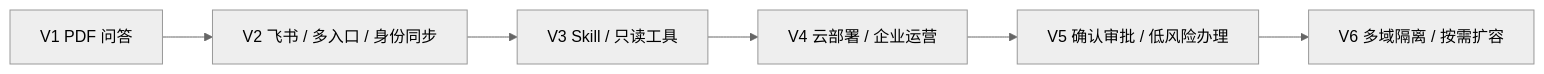
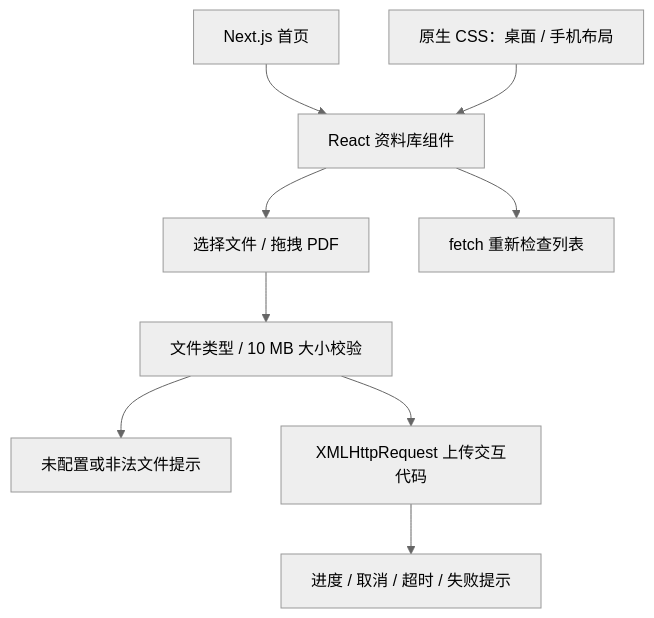
The diagram in docs/architecture/project-architecture.md (qihb/Enterprise-Agent-Platform), drawn with Mermaid (neutral theme) before and after one commit. The commit also changed other lines of this file and 34 other files, not shown here.

````diff
--- a/docs/architecture/project-architecture.md
+++ b/docs/architecture/project-architecture.md
@@ -23,8 +5,11 @@
 ```mermaid
-flowchart LR
-    V1["V1 PDF 问答"] --> V2["V2 飞书 / 多入口 / 身份同步"]
-    V2 --> V3["V3 Skill / 只读工具"]
-    V3 --> V4["V4 云部署 / 企业运营"]
-    V4 --> V5["V5 确认审批 / 低风险办理"]
-    V5 --> V6["V6 多域隔离 / 按需扩容"]
+flowchart TD
+    Page["Next.js 首页"] --> View["React 资料库组件"]
+    CSS["原生 CSS：桌面 / 手机布局"] --> View
+    View --> Input["选择文件 / 拖拽 PDF"]
+    Input --> Check["文件类型 / 10 MB 大小校验"]
+    Check --> Feedback["未配置或非法文件提示"]
+    Check --> Upload["XMLHttpRequest 上传交互代码"]
+    Upload --> State["进度 / 取消 / 超时 / 失败提示"]
+    View --> Refresh["fetch 重新检查列表"]
 ```
````
